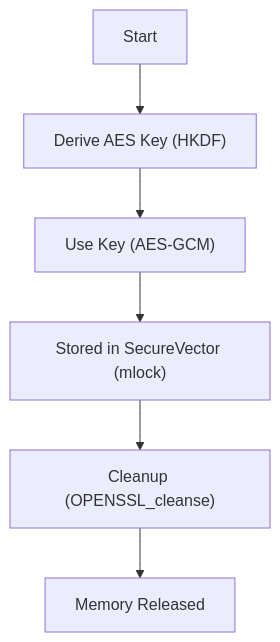
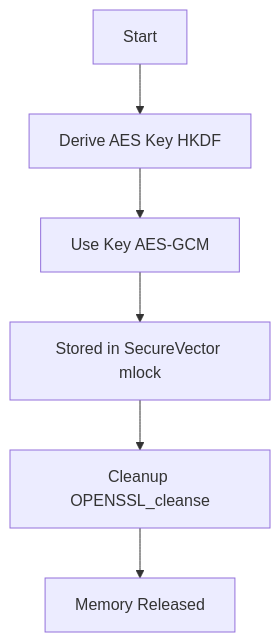
Before and after one commit to nkoriyama/nkCryptoTool: the first of 2 diagrams in SECURITY.md, drawn with Mermaid. The commit also changed other lines of this file, not shown here.

Commit message:
docs: resolve Mermaid parse error by removing parentheses from labels

````diff
--- a/SECURITY.md
+++ b/SECURITY.md
@@ -14,8 +14,8 @@
 ```mermaid
 flowchart TD
-    A["Start"] --> B["Derive AES Key (HKDF)"]
-    B --> C["Use Key (AES-GCM)"]
-    C --> D["Stored in SecureVector (mlock)"]
-    D --> E["Cleanup (OPENSSL_cleanse)"]
-    E --> F["Memory Released"]
+    A[Start] --> B[Derive AES Key HKDF]
+    B --> C[Use Key AES-GCM]
+    C --> D[Stored in SecureVector mlock]
+    D --> E[Cleanup OPENSSL_cleanse]
+    E --> F[Memory Released]
 ```
````
